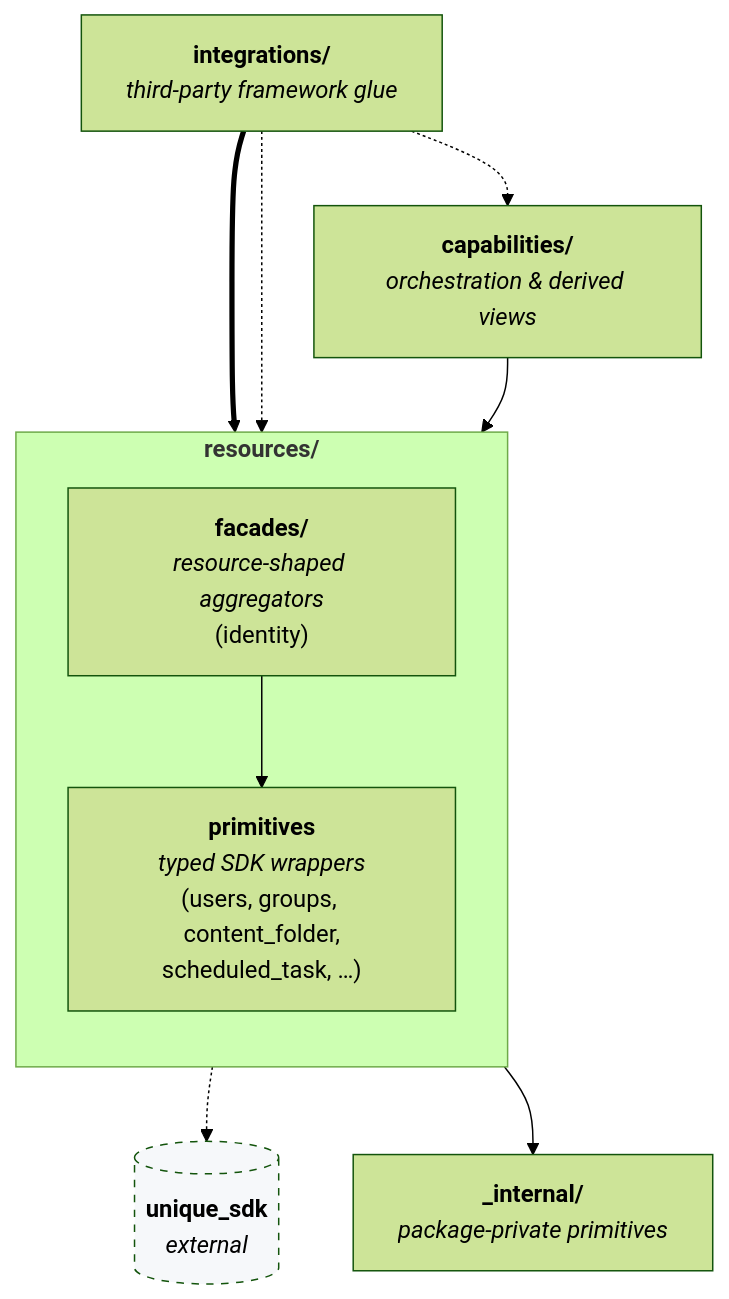
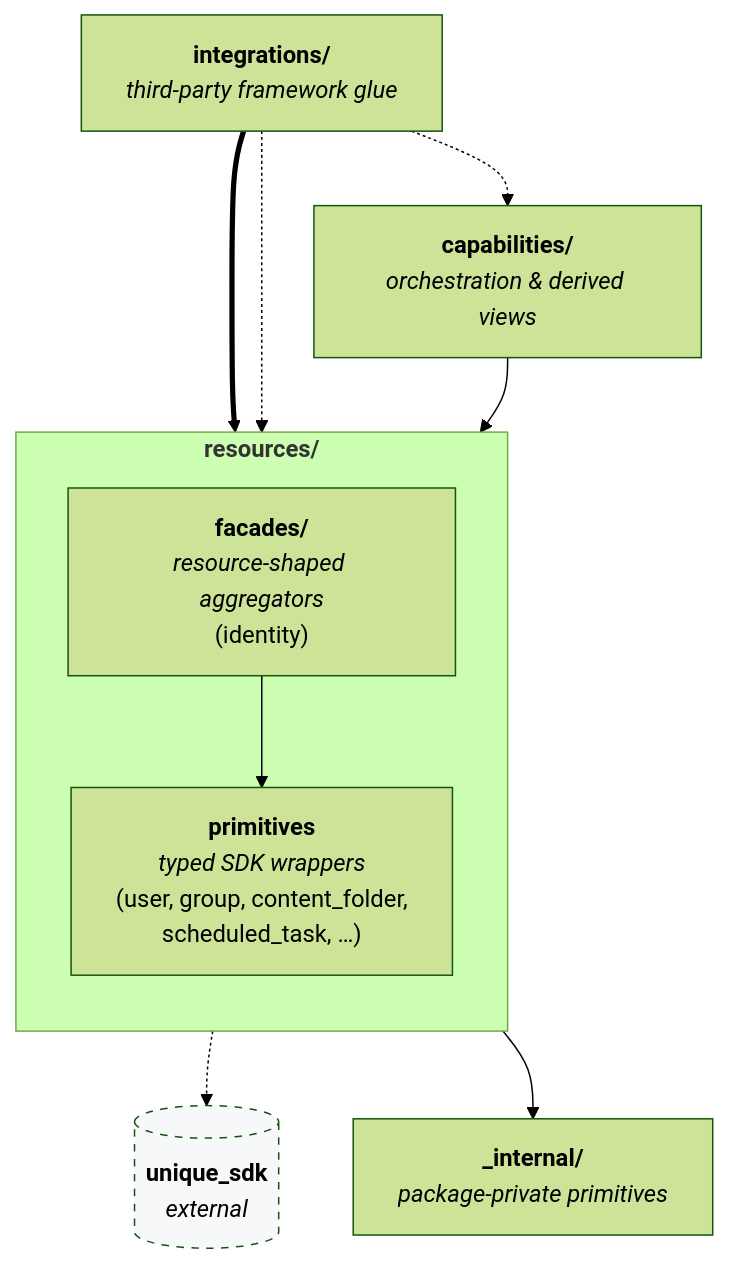
One commit to Unique-AG/ai changed the first of 2 diagrams in unique_toolkit/unique_toolkit/experimental/README.md. Above: the diagram before and after it, drawn with Mermaid (forest theme). The commit also changed other lines of this file and 15 other files, not shown here.

First line of the commit message:
refactor(toolkit): use singular user/group resource package names

````diff
--- a/unique_toolkit/unique_toolkit/experimental/README.md
+++ b/unique_toolkit/unique_toolkit/experimental/README.md
@@ -21,25 +21,25 @@
 ```mermaid
 flowchart TD
     integrations["<b>integrations/</b><br/><i>third-party framework glue</i>"]
     capabilities["<b>capabilities/</b><br/><i>orchestration &amp; derived views</i>"]
 
     subgraph resources ["<b>resources/</b>"]
         direction TB
         facades["<b>facades/</b><br/><i>resource-shaped aggregators</i><br/>(identity)"]
-        primitives["<b>primitives</b><br/><i>typed SDK wrappers</i><br/>(users, groups, content_folder,<br/>scheduled_task, …)"]
+        primitives["<b>primitives</b><br/><i>typed SDK wrappers</i><br/>(user, group, content_folder,<br/>scheduled_task, …)"]
         facades --> primitives
     end
 
     internal["<b>_internal/</b><br/><i>package-private primitives</i>"]
     sdk[("<b>unique_sdk</b><br/><i>external</i>")]
 
     integrations ==> facades
     integrations -.-> primitives
     integrations -.-> capabilities
     capabilities --> resources
     resources --> internal
     primitives -.-> sdk
 
     classDef external fill:#f6f8fa,stroke-dasharray: 5 5
     class sdk external
 ```
````
